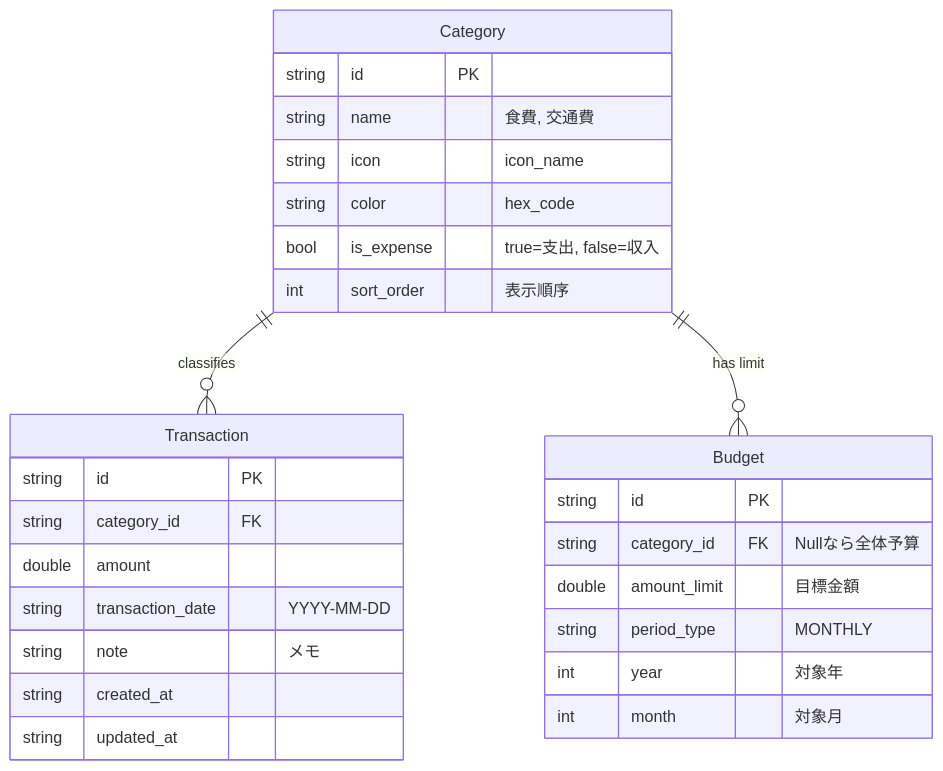
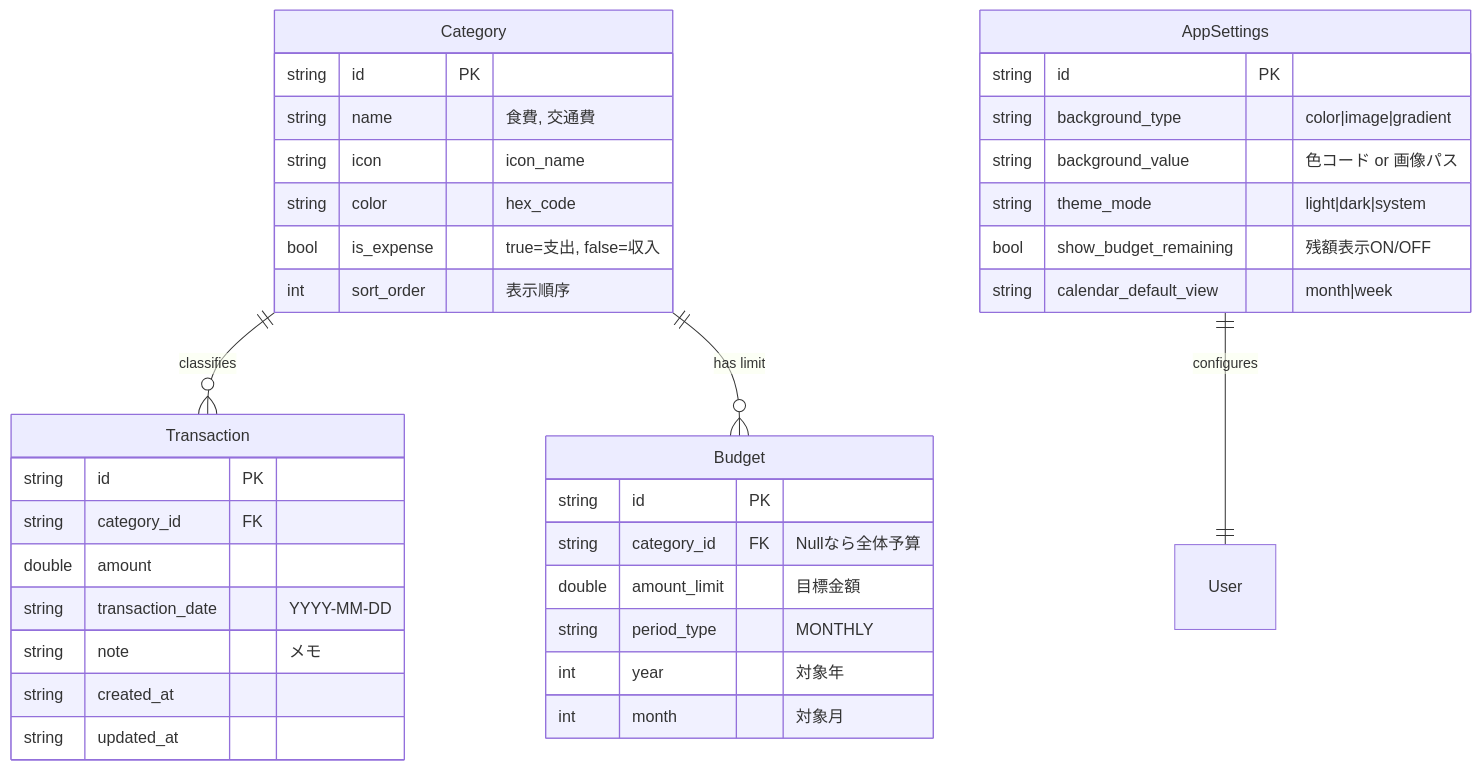
Before and after one commit to JimboShotaro/kakeibo-flutter: the first of 3 diagrams in 設計図.md, drawn with Mermaid. The commit also changed other lines of this file and 17 other files, not shown here.

````diff
--- a/設計図.md
+++ b/設計図.md
@@ -19,33 +27,43 @@
 ```mermaid
 erDiagram
     Category ||--o{ Transaction : "classifies"
     Category ||--o{ Budget : "has limit"
+    AppSettings ||--|| User : "configures"
 
     Category {
         string id PK
         string name "食費, 交通費"
         string icon "icon_name"
         string color "hex_code"
         bool is_expense "true=支出, false=収入"
         int sort_order "表示順序"
     }
 
     Budget {
         string id PK
         string category_id FK "Nullなら全体予算"
         double amount_limit "目標金額"
         string period_type "MONTHLY"
         int year "対象年"
         int month "対象月"
     }
 
     Transaction {
         string id PK
         string category_id FK
         double amount
         string transaction_date "YYYY-MM-DD"
         string note "メモ"
         string created_at
         string updated_at
     }
+
+    AppSettings {
+        string id PK
+        string background_type "color|image|gradient"
+        string background_value "色コード or 画像パス"
+        string theme_mode "light|dark|system"
+        bool show_budget_remaining "残額表示ON/OFF"
+        string calendar_default_view "month|week"
+    }
 ```
````
